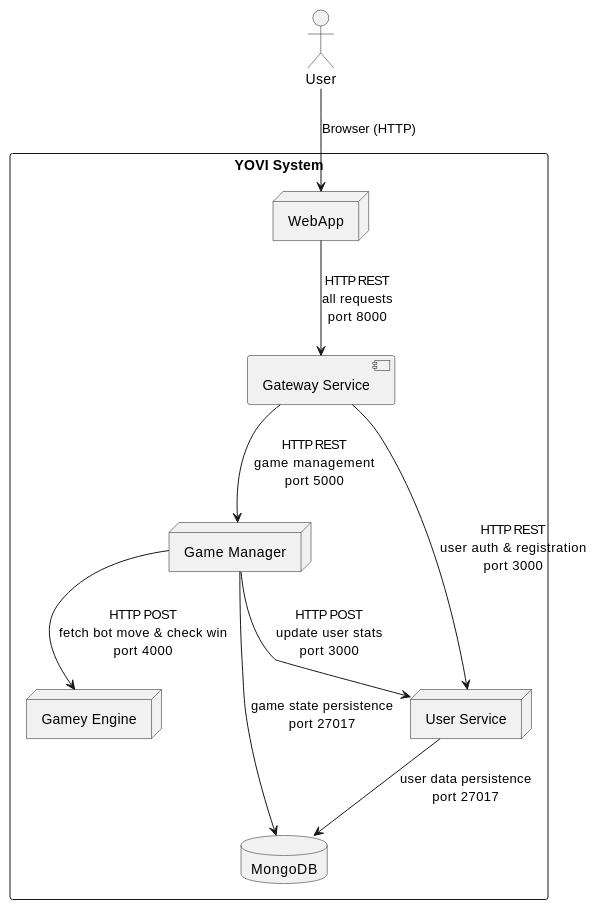
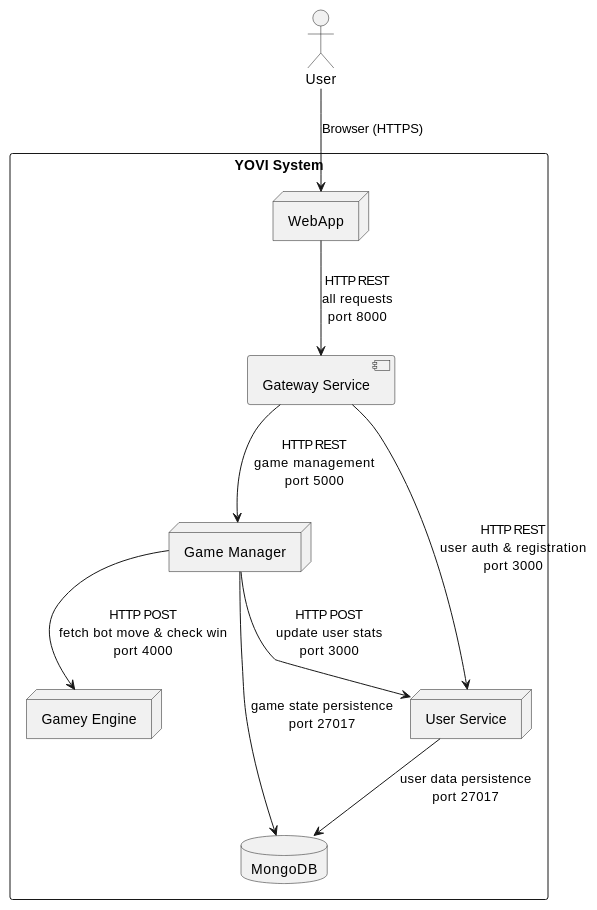
The first of 3 diagrams in docs/src/05_building_block_view.adoc (Arquisoft/yovi_en3a), drawn with PlantUML before and after one commit. The commit also changed other lines of this file and 10 other files, not shown here.

```diff
--- a/docs/src/05_building_block_view.adoc
+++ b/docs/src/05_building_block_view.adoc
@@ -72,28 +72,28 @@
 [plantuml,"YOVI System Architecture - Level 1",png]
 ----
 
 actor "User" as user
 
 rectangle "YOVI System" {
 
   node "WebApp" as Web
   node [Gateway Service] as gateway
   node "Game Manager" as GameSvc
   node "User Service" as UserSvc
   node "Gamey Engine" as GameEngine
   database "MongoDB" as db
 
 
 }
 
-user --> Web : Browser (HTTP)
+user --> Web : Browser (HTTPS)
 
 Web --> gateway: HTTP REST\nall requests\nport 8000
 gateway--> UserSvc : HTTP REST\nuser auth & registration\nport 3000
 gateway--> GameSvc: HTTP REST\ngame management\nport 5000
 GameSvc--> GameEngine: HTTP POST\nfetch bot move & check win\nport 4000
 GameSvc--> UserSvc: HTTP POST\nupdate user stats\nport 3000
 UserSvc --> db: user data persistence\nport 27017
 GameSvc--> db: game state persistence\nport 27017
 
 ----
```
